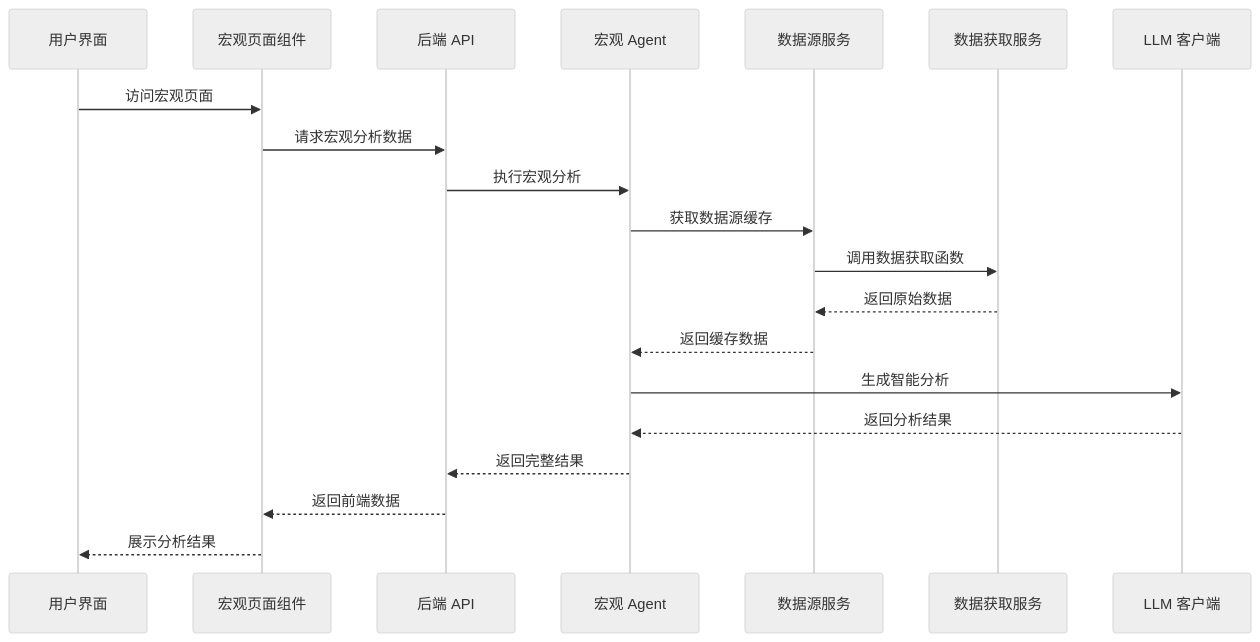
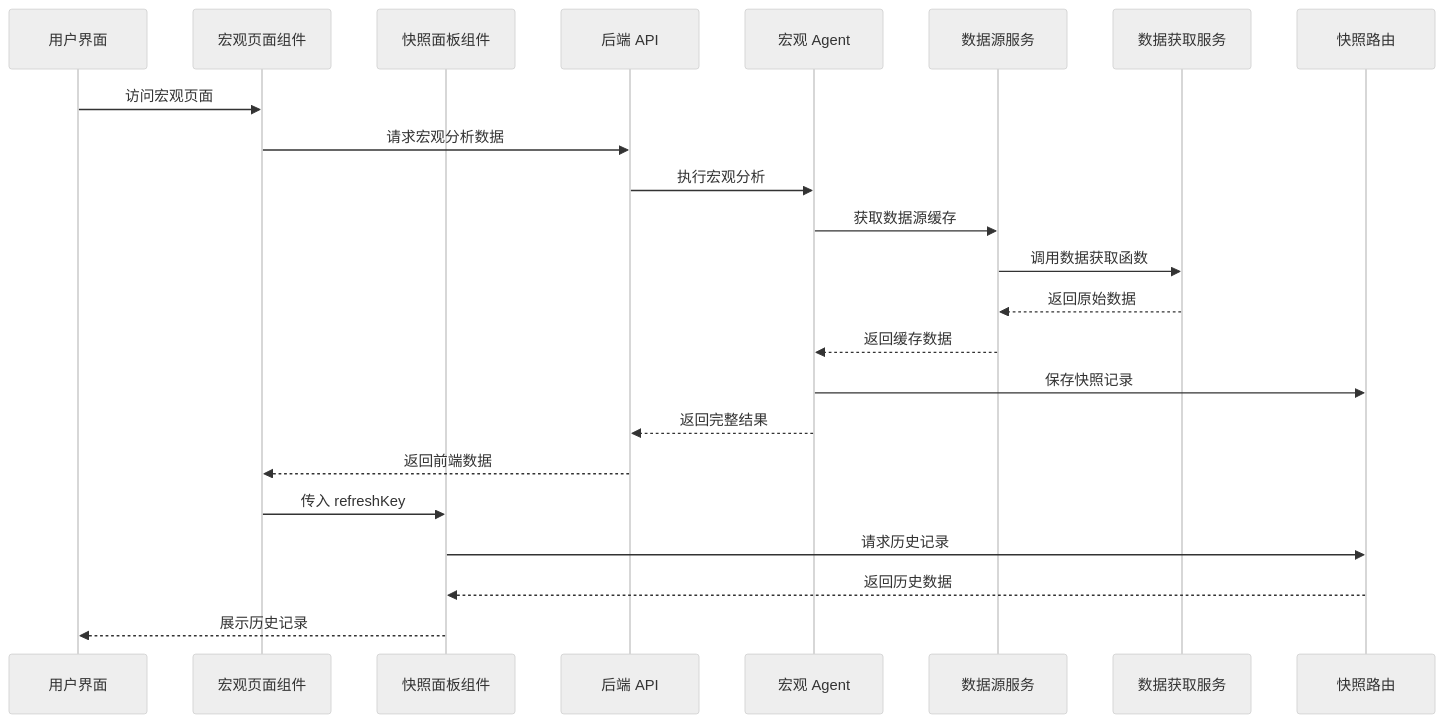
Before and after one commit to Moruime/stock_foker: the second of 10 diagrams in .qoder/repowiki/zh/content/前端组件/页面组件/宏观页面增强功能.md, drawn with Mermaid (neutral theme). The commit also changed other lines of this file and 22 other files, not shown here.

````diff
--- a/.qoder/repowiki/zh/content/前端组件/页面组件/宏观页面增强功能.md
+++ b/.qoder/repowiki/zh/content/前端组件/页面组件/宏观页面增强功能.md
@@ -126,22 +144,25 @@
 ```mermaid
 sequenceDiagram
 participant U as 用户界面
 participant MP as 宏观页面组件
+participant SP as 快照面板组件
 participant API as 后端 API
 participant MA as 宏观 Agent
 participant DS as 数据源服务
 participant DF as 数据获取服务
-participant LLM as LLM 客户端
+participant SR as 快照路由
 U->>MP : 访问宏观页面
 MP->>API : 请求宏观分析数据
 API->>MA : 执行宏观分析
 MA->>DS : 获取数据源缓存
 DS->>DF : 调用数据获取函数
 DF-->>DS : 返回原始数据
 DS-->>MA : 返回缓存数据
-MA->>LLM : 生成智能分析
-LLM-->>MA : 返回分析结果
+MA->>SR : 保存快照记录
 MA-->>API : 返回完整结果
 API-->>MP : 返回前端数据
-MP-->>U : 展示分析结果
+MP->>SP : 传入 refreshKey
+SP->>SR : 请求历史记录
+SR-->>SP : 返回历史数据
+SP-->>U : 展示历史记录
 ```
````
